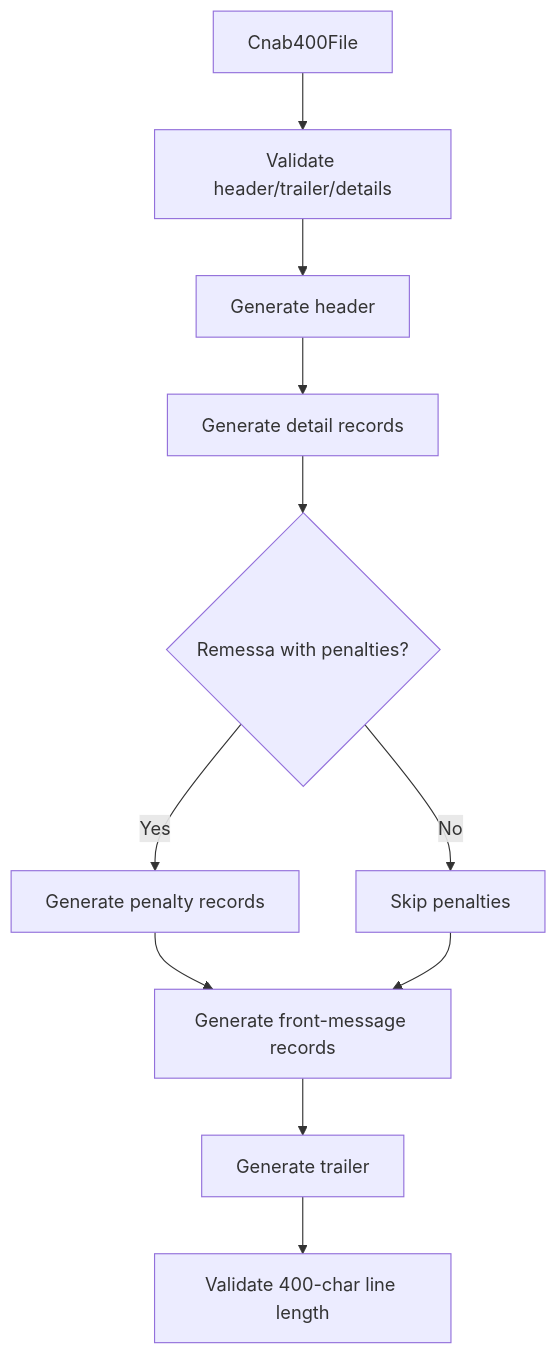
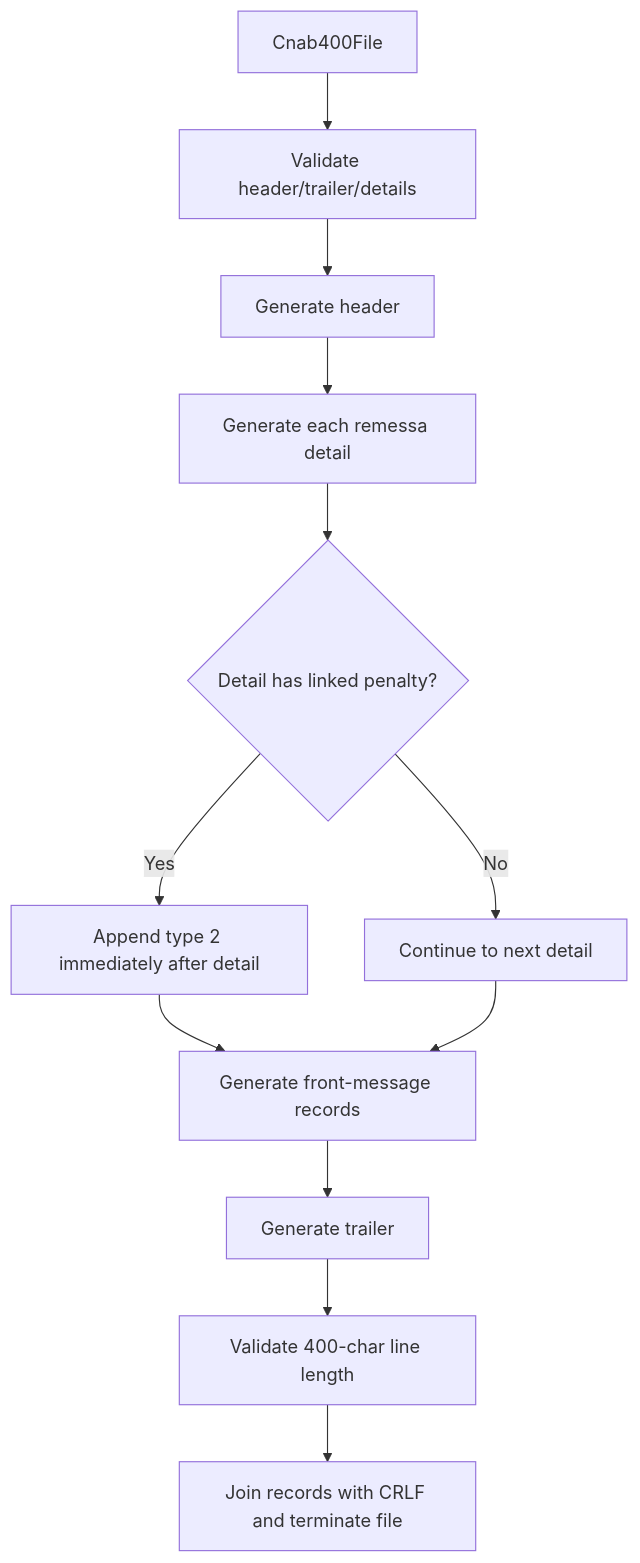
One commit to linkiez/BoletoSDK changed the diagram in src/generators/cnab400/Cnab400Generator.doc.md. Above: the diagram before and after it, drawn with Mermaid. The commit also changed other lines of this file and 24 other files, not shown here.

First line of the commit message:
feat(cnab400): associar multa ao detalhe e gerar remessa CRLF

````diff
--- a/src/generators/cnab400/Cnab400Generator.doc.md
+++ b/src/generators/cnab400/Cnab400Generator.doc.md
@@ -28,13 +29,14 @@
 ```mermaid
 flowchart TD
   A[Cnab400File] --> B[Validate header/trailer/details]
   B --> C[Generate header]
-  C --> D[Generate detail records]
-  D --> E{Remessa with penalties?}
-  E -->|Yes| F[Generate penalty records]
-  E -->|No| G[Skip penalties]
+  C --> D[Generate each remessa detail]
+  D --> E{Detail has linked penalty?}
+  E -->|Yes| F[Append type 2 immediately after detail]
+  E -->|No| G[Continue to next detail]
   F --> H[Generate front-message records]
   G --> H
   H --> I[Generate trailer]
   I --> J[Validate 400-char line length]
+  J --> K[Join records with CRLF and terminate file]
 ```
````
